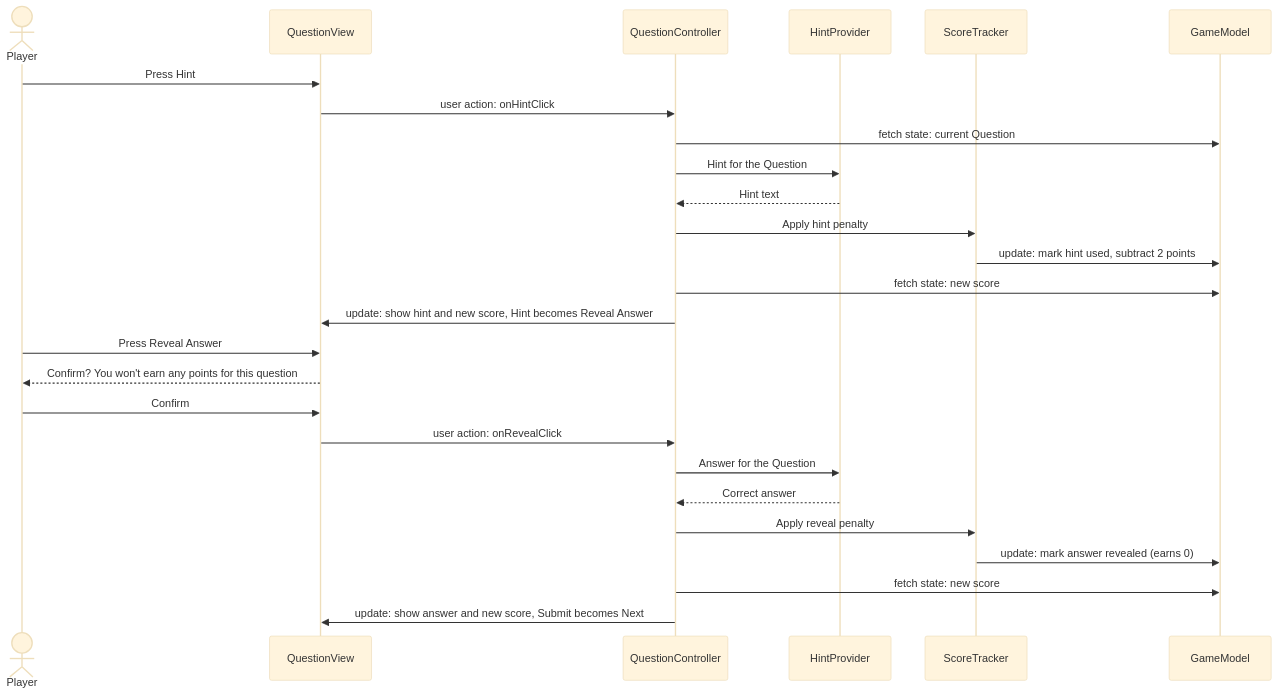
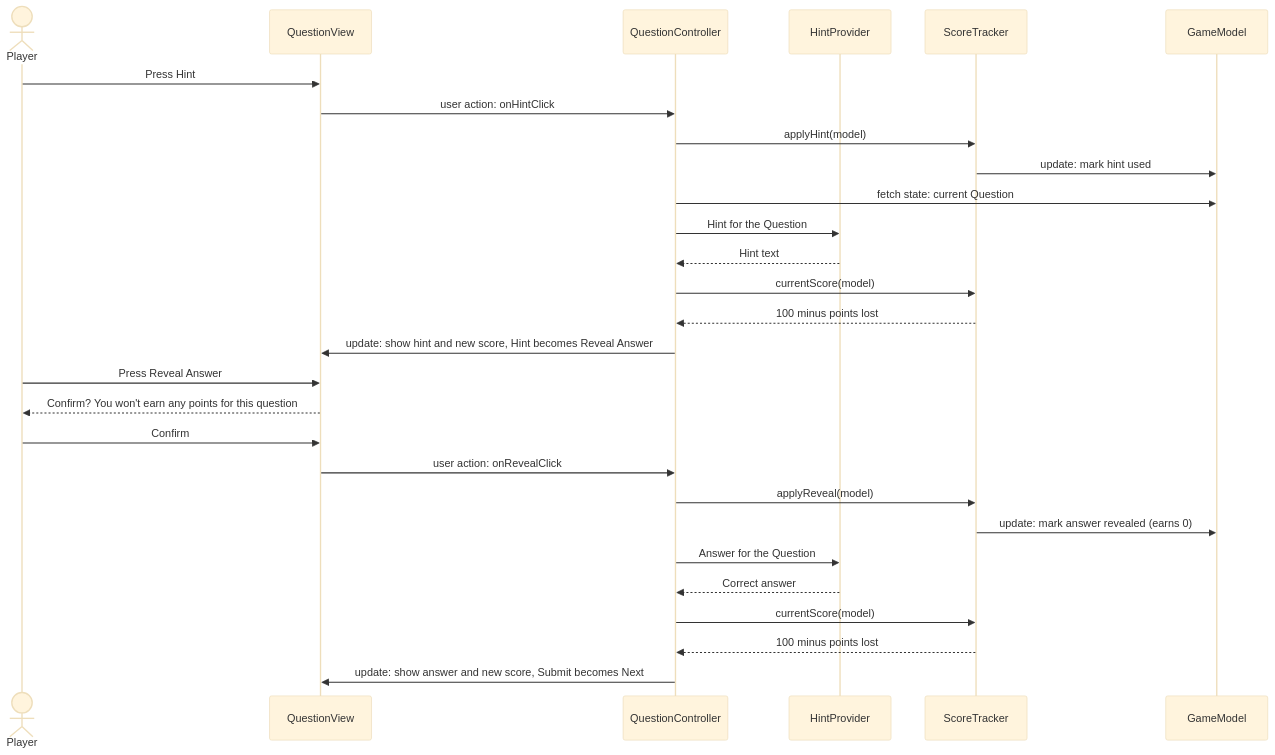
The fourth of 4 diagrams in docs/Architecture.md (moonwav/cse110-group21), drawn with Mermaid (base theme) before and after one commit. The commit also changed other lines of this file, not shown here.

Commit message:
Finalize architecture document

````diff
--- a/docs/Architecture.md
+++ b/docs/Architecture.md
@@ -425,30 +506,32 @@
 ```mermaid
 sequenceDiagram
     actor Player
     participant QuestionView
     participant QuestionController
     participant HintProvider
     participant ScoreTracker
     participant GameModel
 
     Player->>QuestionView: Press Hint
     QuestionView->>QuestionController: user action: onHintClick
+    QuestionController->>ScoreTracker: applyHint(model)
+    ScoreTracker->>GameModel: update: mark hint used
     QuestionController->>GameModel: fetch state: current Question
     QuestionController->>HintProvider: Hint for the Question
     HintProvider-->>QuestionController: Hint text
-    QuestionController->>ScoreTracker: Apply hint penalty
-    ScoreTracker->>GameModel: update: mark hint used, subtract 2 points
-    QuestionController->>GameModel: fetch state: new score
+    QuestionController->>ScoreTracker: currentScore(model)
+    ScoreTracker-->>QuestionController: 100 minus points lost
     QuestionController->>QuestionView: update: show hint and new score, Hint becomes Reveal Answer
 
     Player->>QuestionView: Press Reveal Answer
     QuestionView-->>Player: Confirm? You won't earn any points for this question
     Player->>QuestionView: Confirm
     QuestionView->>QuestionController: user action: onRevealClick
+    QuestionController->>ScoreTracker: applyReveal(model)
+    ScoreTracker->>GameModel: update: mark answer revealed (earns 0)
     QuestionController->>HintProvider: Answer for the Question
     HintProvider-->>QuestionController: Correct answer
-    QuestionController->>ScoreTracker: Apply reveal penalty
-    ScoreTracker->>GameModel: update: mark answer revealed (earns 0)
-    QuestionController->>GameModel: fetch state: new score
+    QuestionController->>ScoreTracker: currentScore(model)
+    ScoreTracker-->>QuestionController: 100 minus points lost
     QuestionController->>QuestionView: update: show answer and new score, Submit becomes Next
 ```
````
